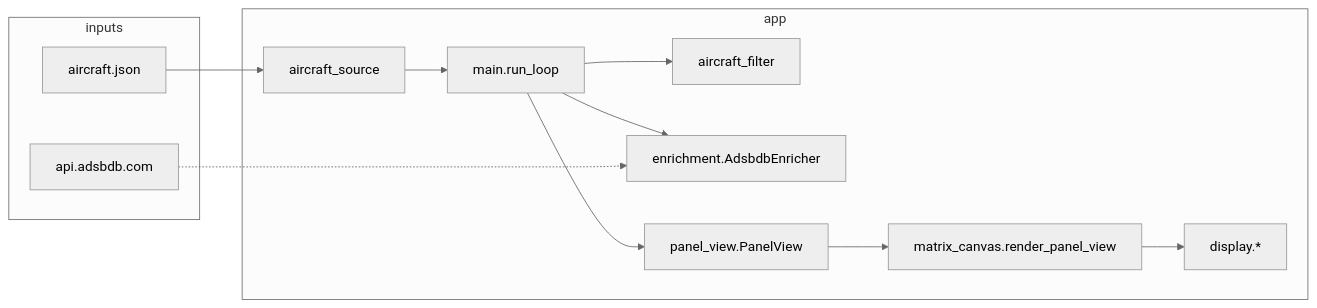
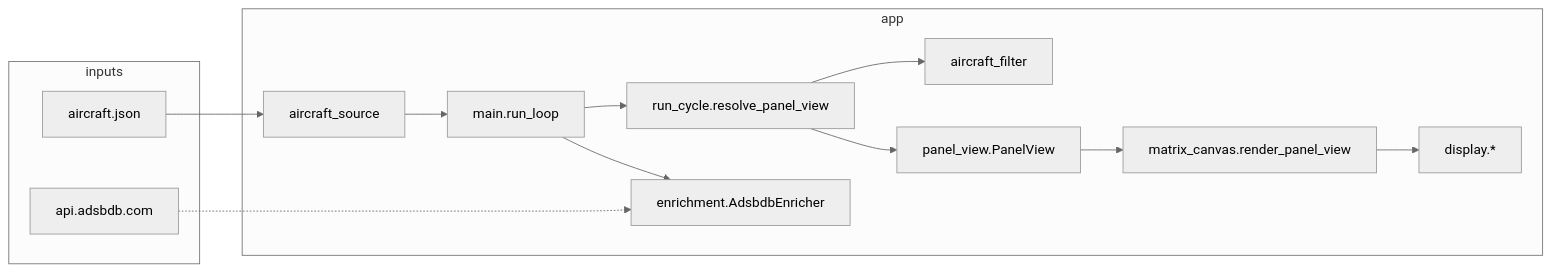
One commit to markjmeier/idotadsb changed the diagram in docs/PRODUCTION.md. Above: the diagram before and after it, drawn with Mermaid (neutral theme). The commit also changed other lines of this file and 9 other files, not shown here.

First line of the commit message:
Refactor run loop into run_cycle; document roadmap; improve env example

````diff
--- a/docs/PRODUCTION.md
+++ b/docs/PRODUCTION.md
@@ -27,21 +27,23 @@
 ```mermaid
 flowchart LR
   subgraph inputs
     JSON["aircraft.json"]
     API["api.adsbdb.com"]
   end
   subgraph app
     SRC["aircraft_source"]
     FILT["aircraft_filter"]
     MAIN["main.run_loop"]
+    RC["run_cycle.resolve_panel_view"]
     ENR["enrichment.AdsbdbEnricher"]
     PV["panel_view.PanelView"]
     MC["matrix_canvas.render_panel_view"]
     DISP["display.*"]
   end
   JSON --> SRC --> MAIN
-  MAIN --> FILT
+  MAIN --> RC
+  RC --> FILT
   MAIN --> ENR
   API -.-> ENR
-  MAIN --> PV --> MC --> DISP
+  RC --> PV --> MC --> DISP
 ```
````
